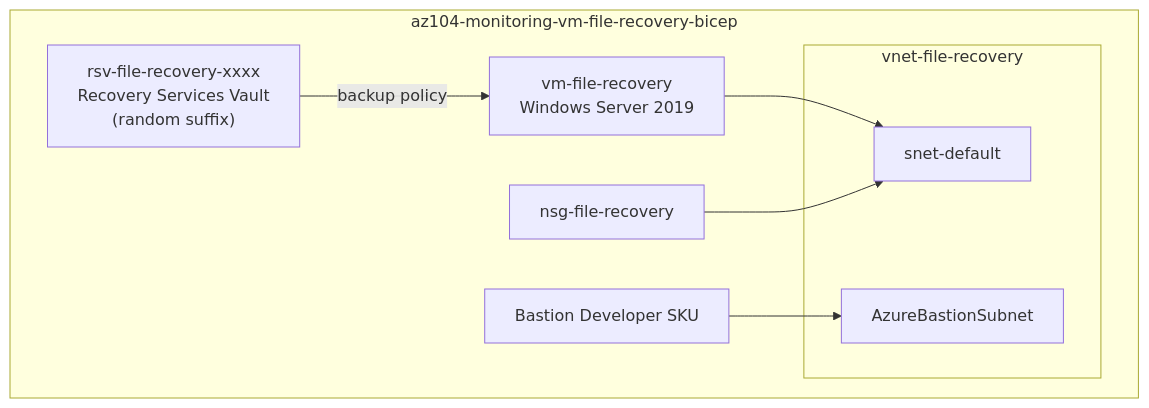
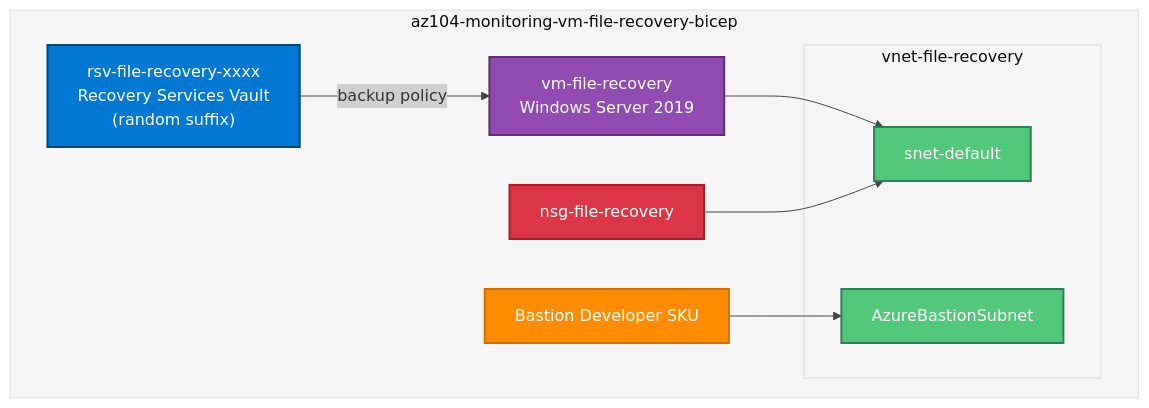
One commit to Greg-T8/LearningAzure changed the diagram in AZ-104/hands-on-labs/monitoring/lab-vm-file-recovery/README.md. Above: the diagram before and after it, drawn with Mermaid.

Commit message:
docs: Enhance architecture diagram with styling and theme initialization

````diff
--- a/AZ-104/hands-on-labs/monitoring/lab-vm-file-recovery/README.md
+++ b/AZ-104/hands-on-labs/monitoring/lab-vm-file-recovery/README.md
@@ -40,18 +40,31 @@
 ```mermaid
+%%{init: {'theme':'base', 'themeVariables': { 'primaryColor':'#e0e0e0','primaryBorderColor':'#666','lineColor':'#444','secondaryColor':'#d0d0d0','tertiaryColor':'#f5f5f5'}}}%%
 graph TD
     subgraph RG["az104-monitoring-vm-file-recovery-bicep"]
         RSV["rsv-file-recovery-xxxx<br/>Recovery Services Vault<br/>(random suffix)"]
         subgraph VNET["vnet-file-recovery"]
             SNET["snet-default"]
             BSNET["AzureBastionSubnet"]
         end
         NSG["nsg-file-recovery"]
         VM1["vm-file-recovery<br/>Windows Server 2019"]
         BAS["Bastion Developer SKU"]
     end
 
     RSV -->|backup policy| VM1
     VM1 --> SNET
     BAS --> BSNET
     NSG --> SNET
+
+    classDef vaultStyle fill:#0078D4,stroke:#004578,stroke-width:2px,color:#fff
+    classDef vmStyle fill:#914BB0,stroke:#5E2F74,stroke-width:2px,color:#fff
+    classDef networkStyle fill:#50C878,stroke:#2E7D5B,stroke-width:2px,color:#fff
+    classDef bastionStyle fill:#FF8C00,stroke:#CC7000,stroke-width:2px,color:#fff
+    classDef securityStyle fill:#DC3545,stroke:#A71D2A,stroke-width:2px,color:#fff
+
+    class RSV vaultStyle
+    class VM1 vmStyle
+    class SNET,BSNET networkStyle
+    class BAS bastionStyle
+    class NSG securityStyle
 ```
````
